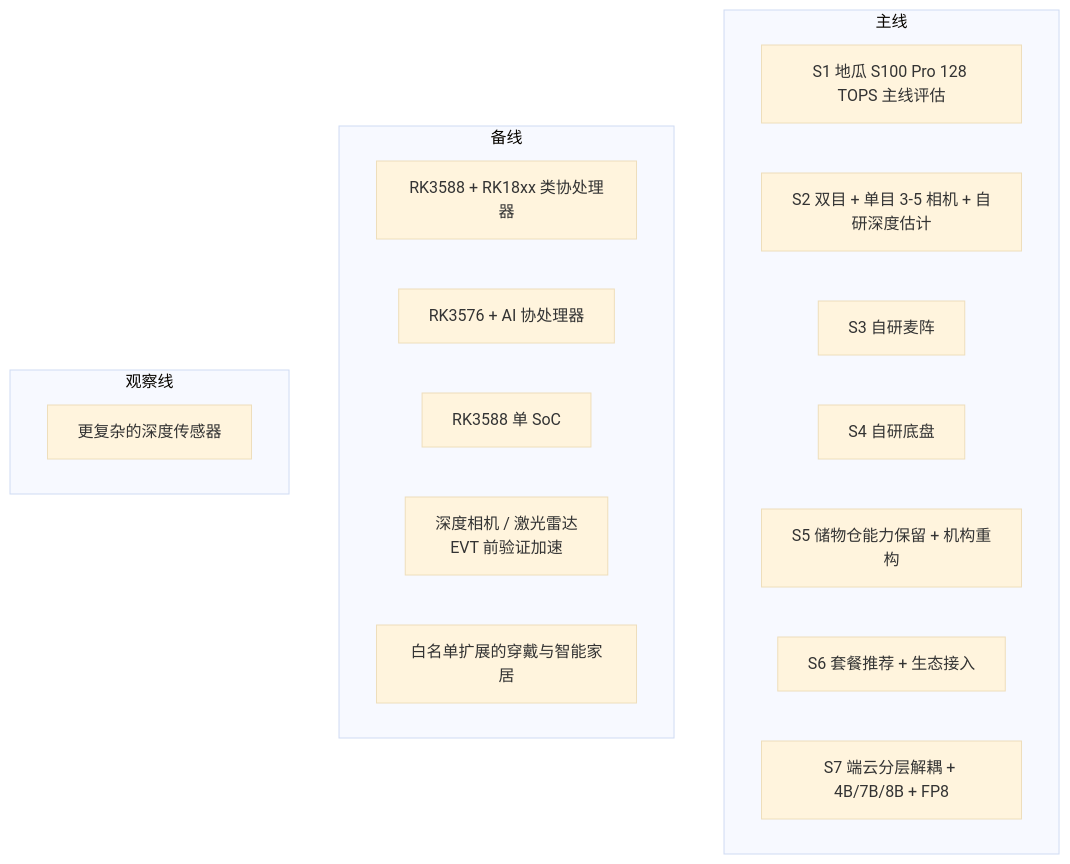
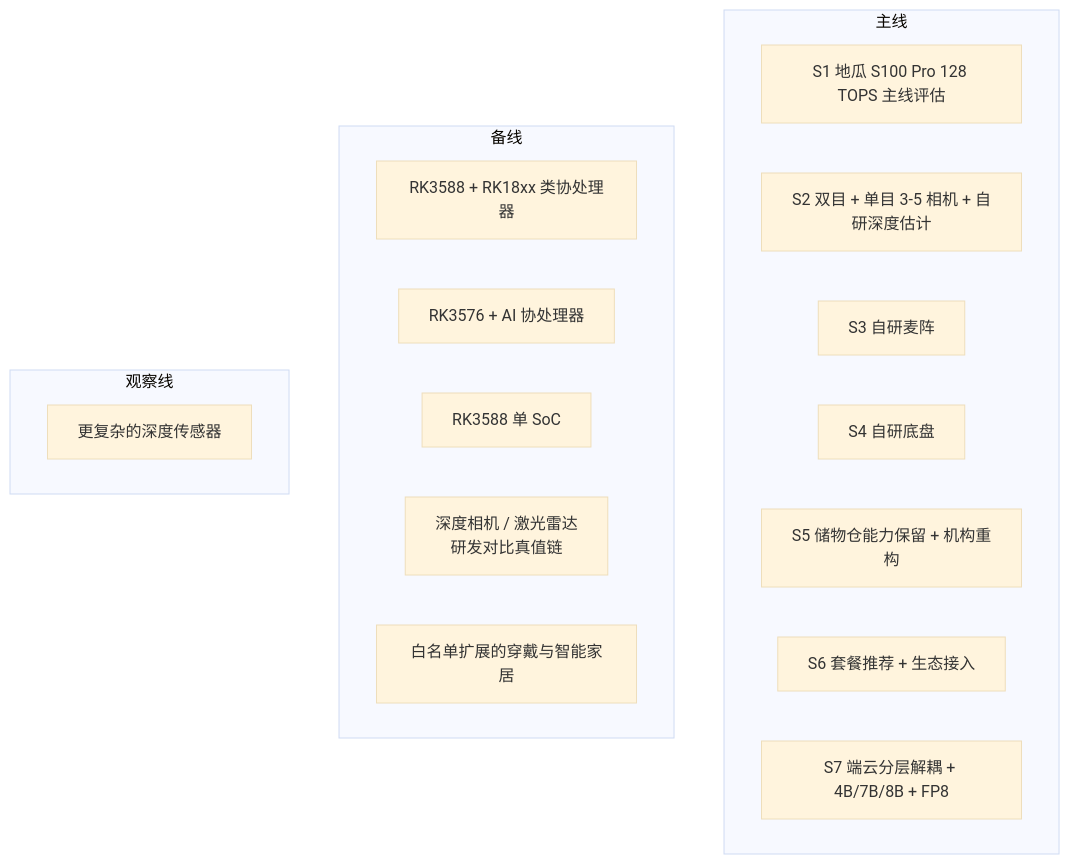
One commit to hlm12348765/Kinbot_OODA changed the diagram in docs/03_p2_feasibility/04_hardware_software_selection_matrix.md. Above: the diagram before and after it, drawn with Mermaid (base theme). The commit also changed other lines of this file and 9 other files, not shown here.

Commit message:
docs: align architecture with step36

````diff
--- a/docs/03_p2_feasibility/04_hardware_software_selection_matrix.md
+++ b/docs/03_p2_feasibility/04_hardware_software_selection_matrix.md
@@ -98,24 +103,24 @@
 ```mermaid
 flowchart TB
     subgraph 主线
         M1[S1 地瓜 S100 Pro 128 TOPS 主线评估]
         M2[S2 双目 + 单目 3-5 相机 + 自研深度估计]
         M3[S3 自研麦阵]
         M4[S4 自研底盘]
         M5[S5 储物仓能力保留 + 机构重构]
         M6[S6 套餐推荐 + 生态接入]
         M7[S7 端云分层解耦 + 4B/7B/8B + FP8]
     end
 
     subgraph 备线
         B1[RK3588 + RK18xx 类协处理器]
         B2[RK3576 + AI 协处理器]
         B3[RK3588 单 SoC]
-        B4[深度相机 / 激光雷达<br/>EVT 前验证加速]
+        B4[深度相机 / 激光雷达<br/>研发对比真值链]
         B5[白名单扩展的穿戴与智能家居]
     end
 
     subgraph 观察线
         O1[更复杂的深度传感器]
     end
 ```
````
